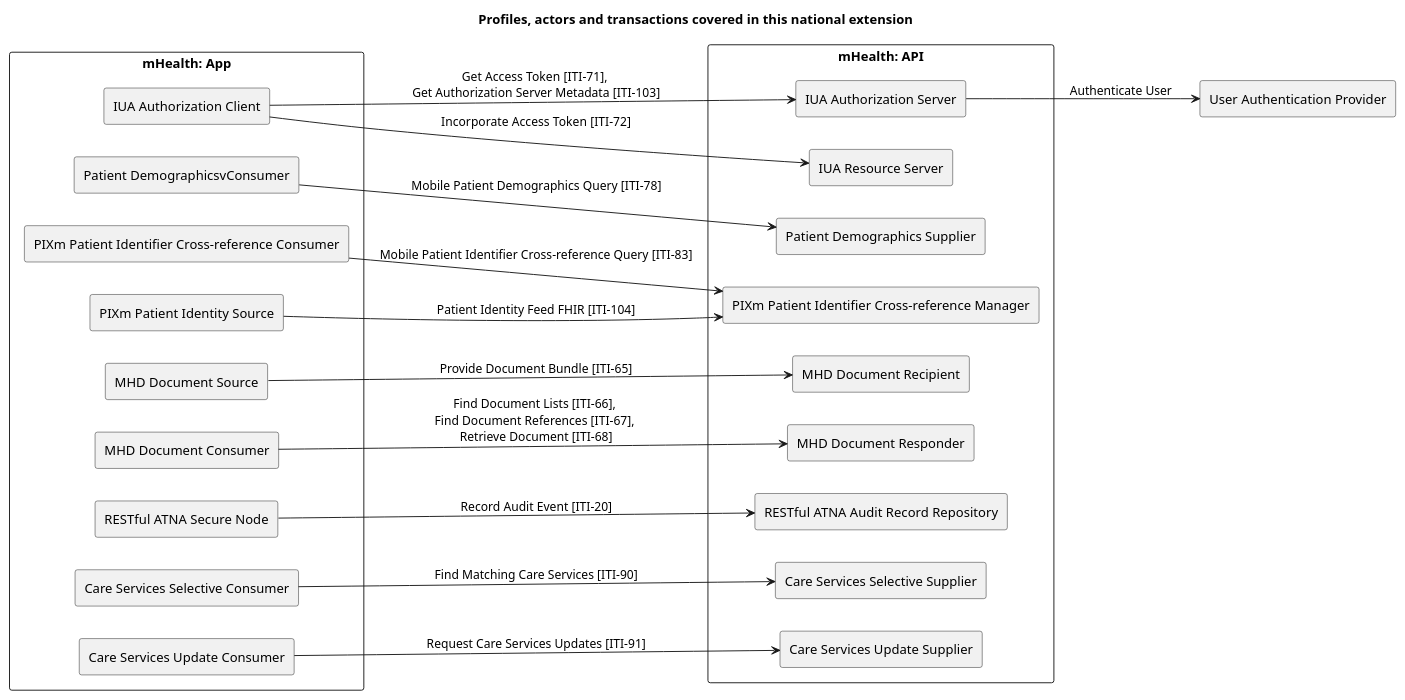
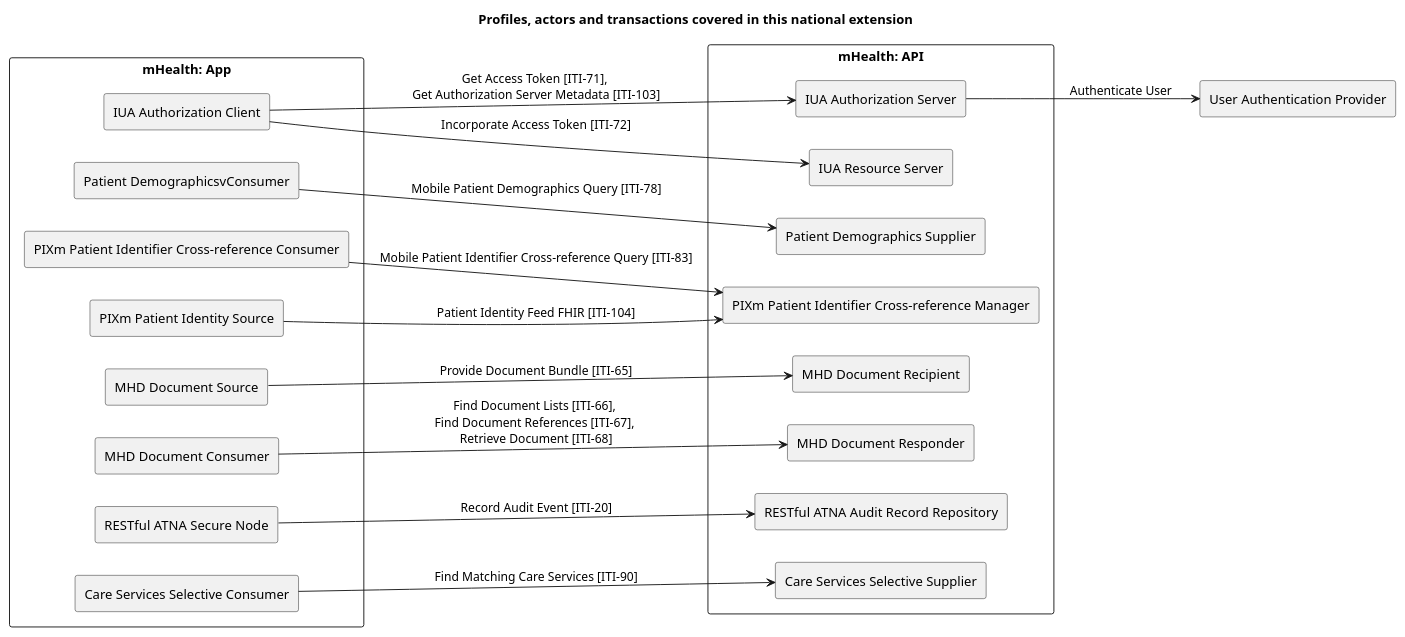
One commit to ehealthsuisse/ch-epr-fhir changed the diagram in input/images-source/overview.plantuml. Above: the diagram before and after it, drawn with PlantUML. The commit also changed 12 other files, not shown here.

```diff
--- a/input/images-source/overview.plantuml
+++ b/input/images-source/overview.plantuml
@@ -1,58 +1,55 @@
 @startuml
 
 title **Profiles, actors and transactions covered in this national extension**
 
 skinparam componentStyle rectangle
 skinparam svgDimensionStyle false
 
 left to right direction
 
 component "mHealth: App" {
   [IUA Authorization Client] as IUAClient
 
   [Patient DemographicsvConsumer] as PDQmConsumer
 
   [PIXm Patient Identifier Cross-reference Consumer] as PIXmConsumer
   [PIXm Patient Identity Source] as PIXmSource
 
   [MHD Document Source] as MHDSource
   [MHD Document Consumer] as MHDConsumer
 
   [RESTful ATNA Secure Node] as ATNANode
 
   [Care Services Selective Consumer] as mCSDSelectiveConsumer
-  [Care Services Update Consumer] as mCSDUpdateConsumer
 }
 
 component "mHealth: API" {
   [IUA Authorization Server] as IUAAuthServer
   IUAClient -> IUAAuthServer : Get Access Token [ITI-71], \nGet Authorization Server Metadata [ITI-103]
   [IUA Resource Server] as IUAResourceServer
   IUAClient --> IUAResourceServer : Incorporate Access Token [ITI-72]
 
   [Patient Demographics Supplier] as PDQmSupplier
   PDQmConsumer --> PDQmSupplier : Mobile Patient Demographics Query [ITI-78]
 
   [PIXm Patient Identifier Cross-reference Manager] as PIXmManager
   PIXmConsumer --> PIXmManager : Mobile Patient Identifier Cross-reference Query [ITI-83]
   PIXmSource --> PIXmManager : Patient Identity Feed FHIR [ITI-104]
 
   [MHD Document Recipient] as MHDRecipient
   MHDSource --> MHDRecipient : Provide Document Bundle [ITI-65]
 
   [MHD Document Responder] as MHDResponder
   MHDConsumer --> MHDResponder : Find Document Lists [ITI-66], \nFind Document References [ITI-67], \nRetrieve Document [ITI-68] 
 
   [RESTful ATNA Audit Record Repository] as ATNARepository
   ATNANode --> ATNARepository : Record Audit Event [ITI-20]
 
   [Care Services Selective Supplier] as mCSDSelectiveSupplier
-  [Care Services Update Supplier] as mCSDUpdateSupplier
   mCSDSelectiveConsumer --> mCSDSelectiveSupplier : Find Matching Care Services [ITI-90]
-  mCSDUpdateConsumer --> mCSDUpdateSupplier : Request Care Services Updates [ITI-91]
 }
 
 [User Authentication Provider] as UAProvider
 IUAAuthServer --> UAProvider : Authenticate User
 
 @enduml
```
